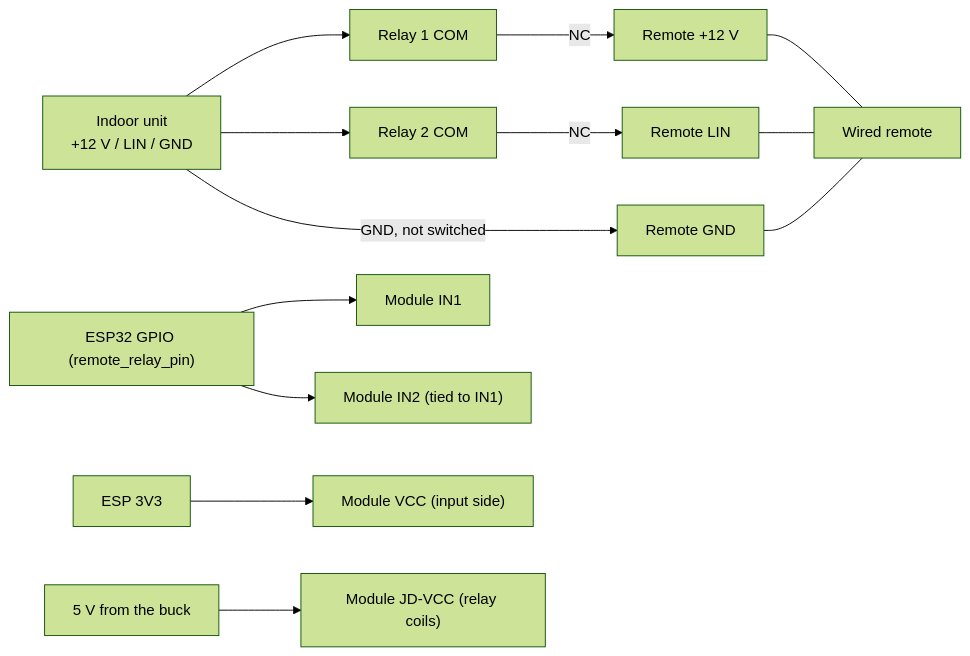
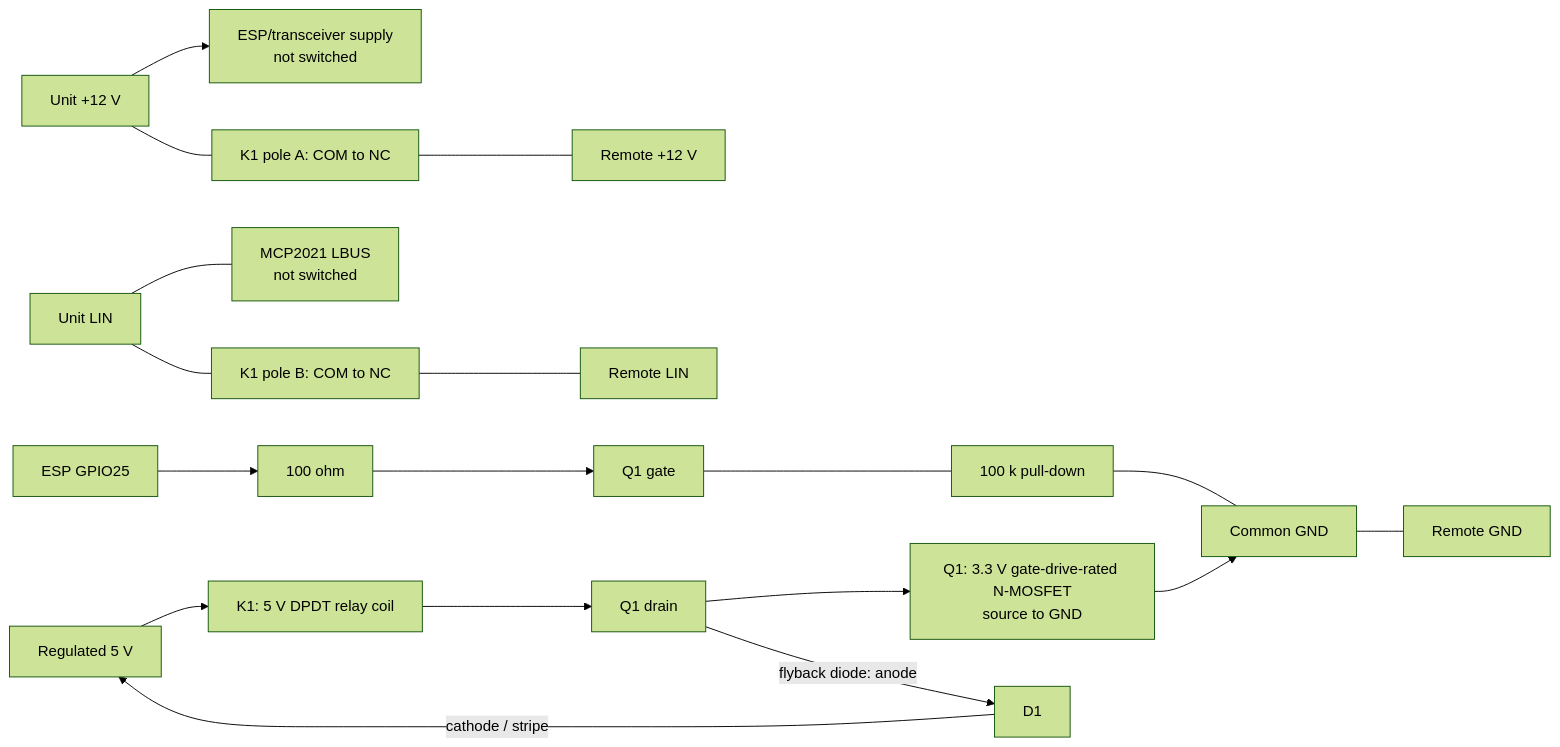
Before and after one commit to matt-nz/fujitsu-legacy-esphome: the second of 2 diagrams in docs/aot30-circuit.md, drawn with Mermaid (forest theme). The commit also changed other lines of this file and 6 other files, not shown here.

````diff
--- a/docs/aot30-circuit.md
+++ b/docs/aot30-circuit.md
@@ -79,15 +71,15 @@
 ```mermaid
 flowchart LR
-    UNIT["Indoor unit<br/>+12 V / LIN / GND"] --> COM1["Relay 1 COM"]
-    UNIT --> COM2["Relay 2 COM"]
-    COM1 -->|"NC"| R12["Remote +12 V"]
-    COM2 -->|"NC"| RLIN["Remote LIN"]
-    UNIT -->|"GND, not switched"| RGND["Remote GND"]
-    ESP["ESP32 GPIO (remote_relay_pin)"] --> IN1["Module IN1"]
-    ESP --> IN2["Module IN2 (tied to IN1)"]
-    V33["ESP 3V3"] --> VCC["Module VCC (input side)"]
-    V5["5 V from the buck"] --> JD["Module JD-VCC (relay coils)"]
-    R12 --- REMOTE["Wired remote"]
-    RLIN --- REMOTE
-    RGND --- REMOTE
+    P12["Unit +12 V"] --> ESPP["ESP/transceiver supply<br/>not switched"]
+    P12 --- K1["K1 pole A: COM to NC"] --- RP["Remote +12 V"]
+    LIN["Unit LIN"] --- XLIN["MCP2021 LBUS<br/>not switched"]
+    LIN --- K2["K1 pole B: COM to NC"] --- RL["Remote LIN"]
+    GND["Common GND"] --- RG["Remote GND"]
+
+    V5["Regulated 5 V"] --> COIL["K1: 5 V DPDT relay coil"]
+    COIL --> DRAIN["Q1 drain"]
+    GPIO["ESP GPIO25"] --> R["100 ohm"] --> GATE["Q1 gate"]
+    GATE --- PD["100 k pull-down"] --- GND
+    DRAIN --> Q["Q1: 3.3 V gate-drive-rated N-MOSFET<br/>source to GND"] --> GND
+    DRAIN -->|"flyback diode: anode"| D["D1"] -->|"cathode / stripe"| V5
 ```
````
